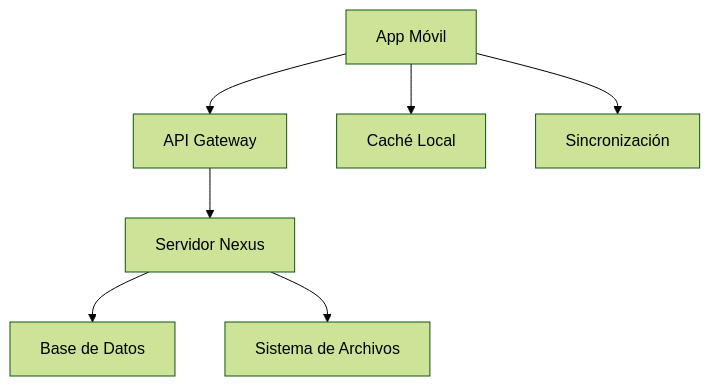
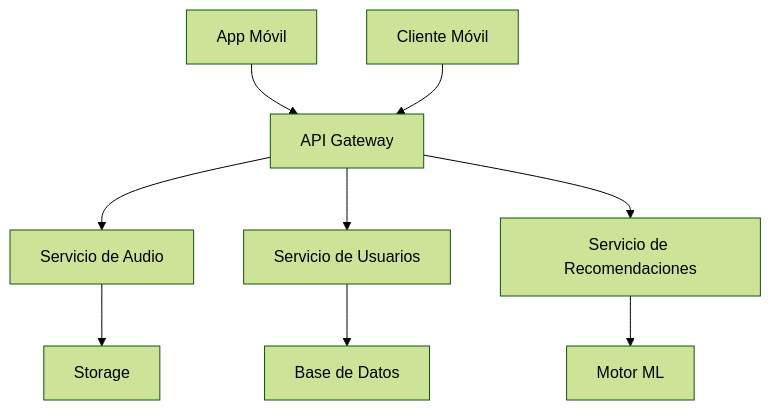
The second of 3 diagrams in docs/technical_overview.md (BlueSystemCR/nexus), drawn with Mermaid (forest theme) before and after one commit. The commit also changed other lines of this file, not shown here.

````diff
--- a/docs/technical_overview.md
+++ b/docs/technical_overview.md
@@ -402,9 +402,11 @@
 ```mermaid
-graph TD
+graph TB
     A[App Móvil] --> B[API Gateway]
-    B --> C[Servidor Nexus]
-    C --> D[Base de Datos]
-    C --> E[Sistema de Archivos]
-    A --> F[Caché Local]
-    A --> G[Sincronización]
+    C[Cliente Móvil] --> B
+    B --> D[Servicio de Audio]
+    B --> E[Servicio de Usuarios]
+    B --> F[Servicio de Recomendaciones]
+    D --> G[Storage]
+    E --> H[Base de Datos]
+    F --> I[Motor ML]
 ```
````
